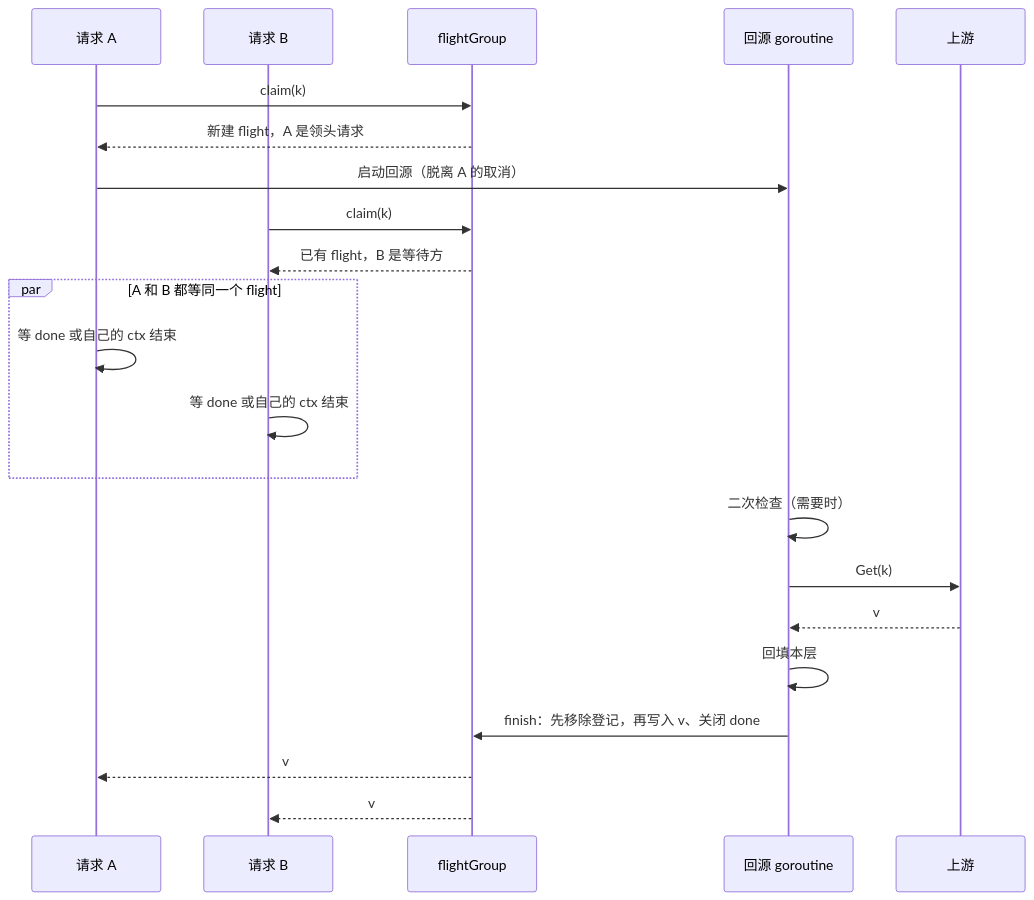
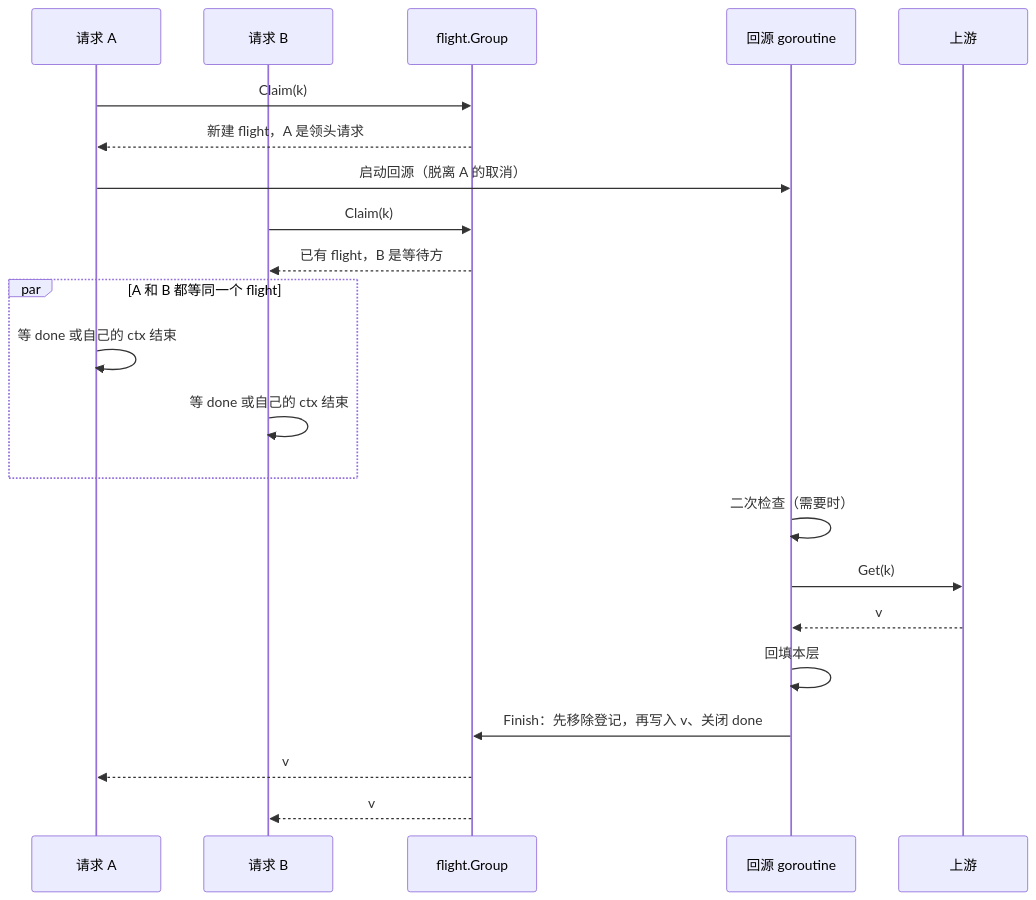
One commit to theplant/cachex changed the first of 2 diagrams in docs/design/singleflight.md. Above: the diagram before and after it, drawn with Mermaid. The commit also changed other lines of this file and 13 other files, not shown here.

First line of the commit message:
refactor: move the flight group and the write stripes into internal packages

````diff
--- a/docs/design/singleflight.md
+++ b/docs/design/singleflight.md
@@ -34,24 +40,24 @@
 ```mermaid
 sequenceDiagram
     participant A as 请求 A
     participant B as 请求 B
-    participant G as flightGroup
+    participant G as flight.Group
     participant F as 回源 goroutine
     participant U as 上游
-    A->>G: claim(k)
+    A->>G: Claim(k)
     G-->>A: 新建 flight，A 是领头请求
     A->>F: 启动回源（脱离 A 的取消）
-    B->>G: claim(k)
+    B->>G: Claim(k)
     G-->>B: 已有 flight，B 是等待方
     par A 和 B 都等同一个 flight
         A->>A: 等 done 或自己的 ctx 结束
         B->>B: 等 done 或自己的 ctx 结束
     end
     F->>F: 二次检查（需要时）
     F->>U: Get(k)
     U-->>F: v
     F->>F: 回填本层
-    F->>G: finish：先移除登记，再写入 v、关闭 done
+    F->>G: Finish：先移除登记，再写入 v、关闭 done
     G-->>A: v
     G-->>B: v
 ```
````
